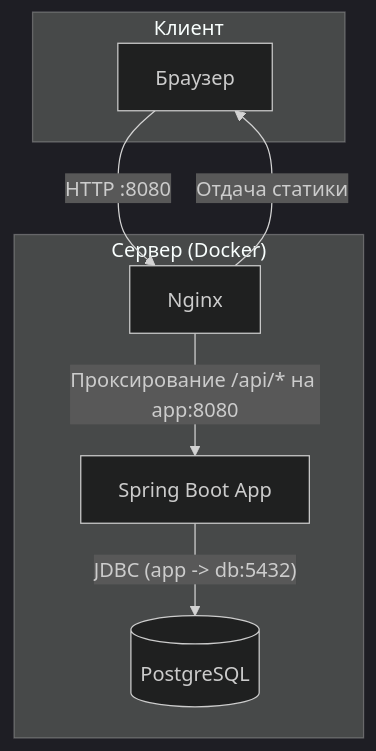
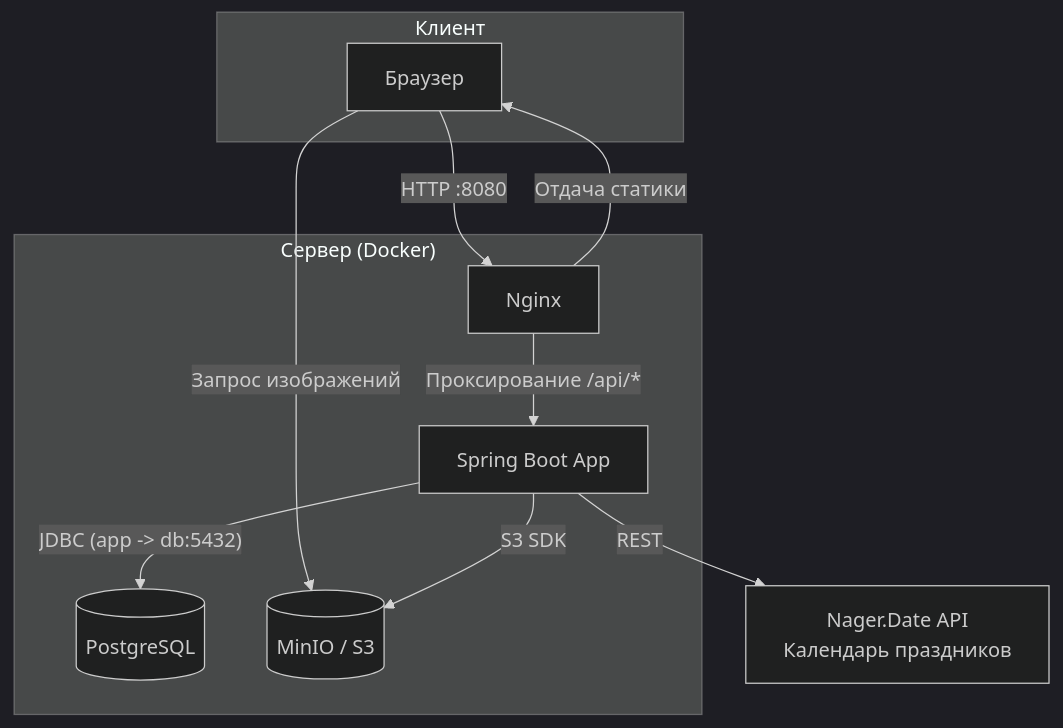
The diagram in README.md (IWKMS99/RoomFlow), drawn with Mermaid (dark theme) before and after one commit. The commit also changed other lines of this file, not shown here.

````diff
--- a/README.md
+++ b/README.md
@@ -58,17 +56,24 @@
 ```mermaid
 graph TD
     subgraph "Клиент"
         Browser[Браузер]
     end
 
     subgraph "Сервер (Docker)"
         Nginx[Nginx]
         App[Spring Boot App]
         DB[(PostgreSQL)]
+        S3[(MinIO / S3)]
     end
+    
+    External[Nager.Date API<br>Календарь праздников]
 
     Browser -- "HTTP :8080" --> Nginx
     Nginx -- "Отдача статики" --> Browser
-    Nginx -- "Проксирование /api/* на app:8080" --> App
+    Nginx -- "Проксирование /api/*" --> App
+    Browser -- "Запрос изображений" --> S3
+    
     App -- "JDBC (app -> db:5432)" --> DB
+    App -- "S3 SDK" --> S3
+    App -- "REST" --> External
 ```
````
